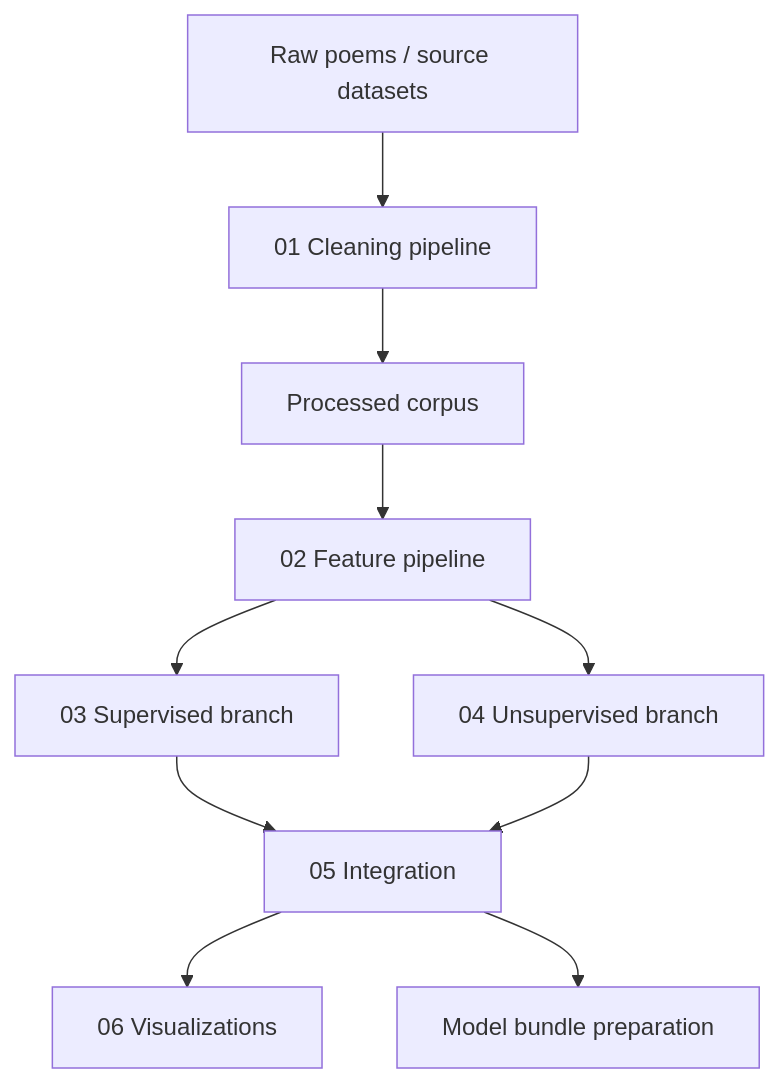
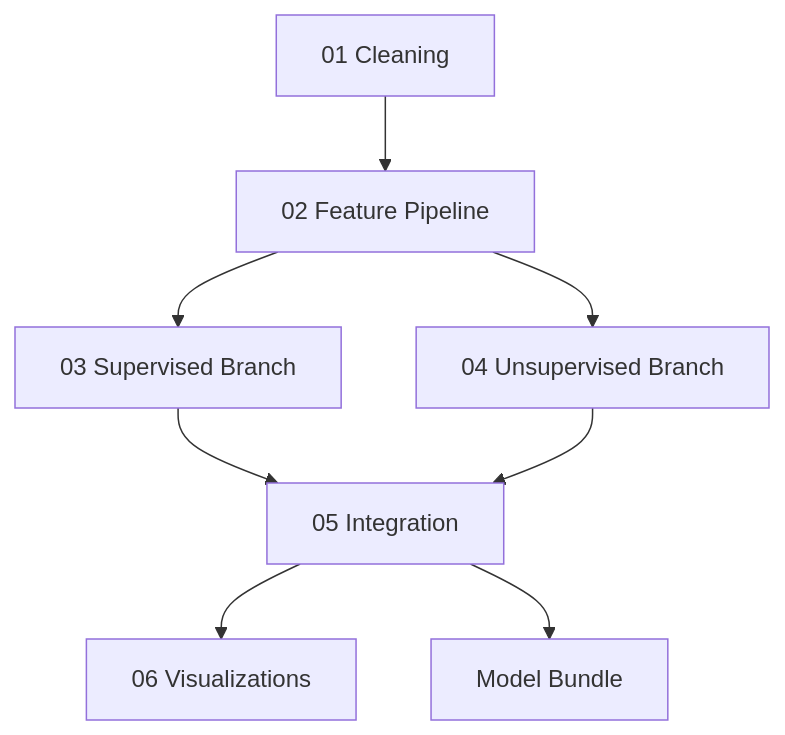
One commit to HubertRonald/hubertronald.github.io changed the diagram in docs/versovector/pipeline.md. Above: the diagram before and after it, drawn with Mermaid.

Commit message:
Add VersoVector model topology documentation

````diff
--- a/docs/versovector/pipeline.md
+++ b/docs/versovector/pipeline.md
@@ -9,15 +11,10 @@
 ```mermaid
 flowchart TD
-    Raw["Raw poems / source datasets"] --> Clean["01 Cleaning pipeline"]
-    Clean --> Corpus["Processed corpus"]
-    Corpus --> Features["02 Feature pipeline"]
-
-    Features --> Supervised["03 Supervised branch"]
-    Features --> Unsupervised["04 Unsupervised branch"]
-
-    Supervised --> Integration["05 Integration"]
-    Unsupervised --> Integration
-
-    Integration --> Visuals["06 Visualizations"]
-    Integration --> Bundle["Model bundle preparation"]
+    N1["01 Cleaning"] --> N2["02 Feature Pipeline"]
+    N2 --> N3["03 Supervised Branch"]
+    N2 --> N4["04 Unsupervised Branch"]
+    N3 --> N5["05 Integration"]
+    N4 --> N5
+    N5 --> N6["06 Visualizations"]
+    N5 --> Bundle["Model Bundle"]
 ```
````
